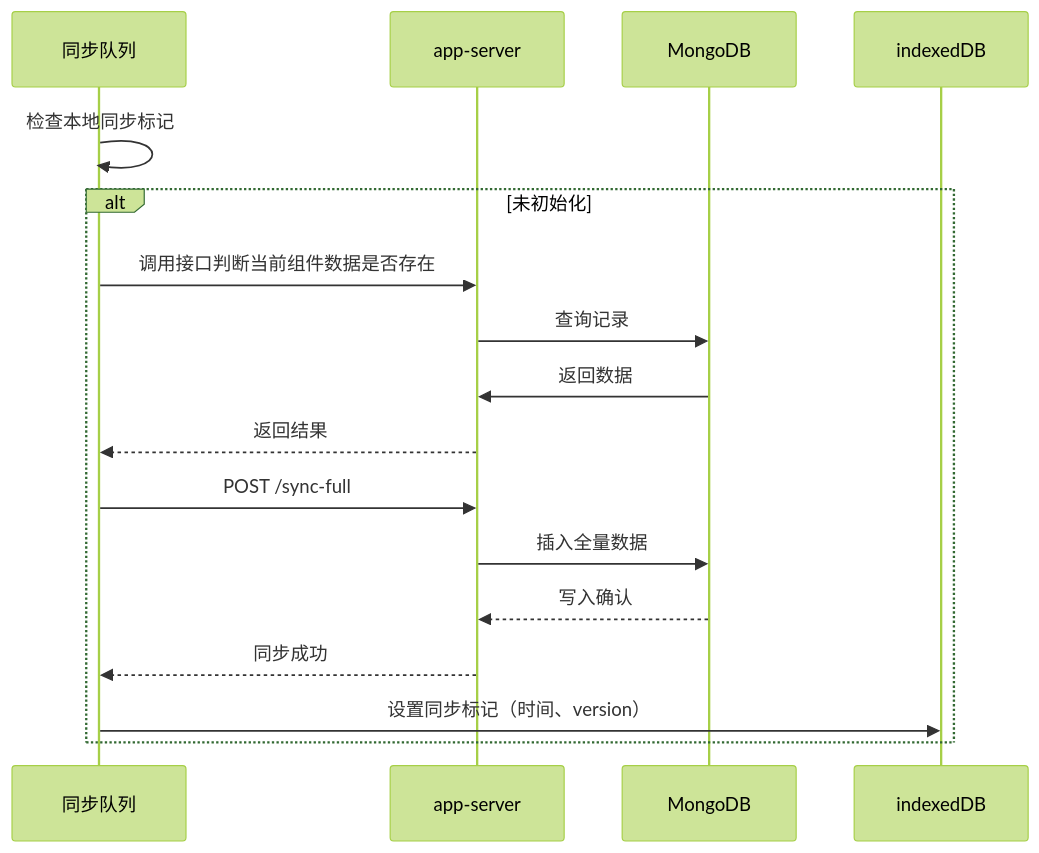
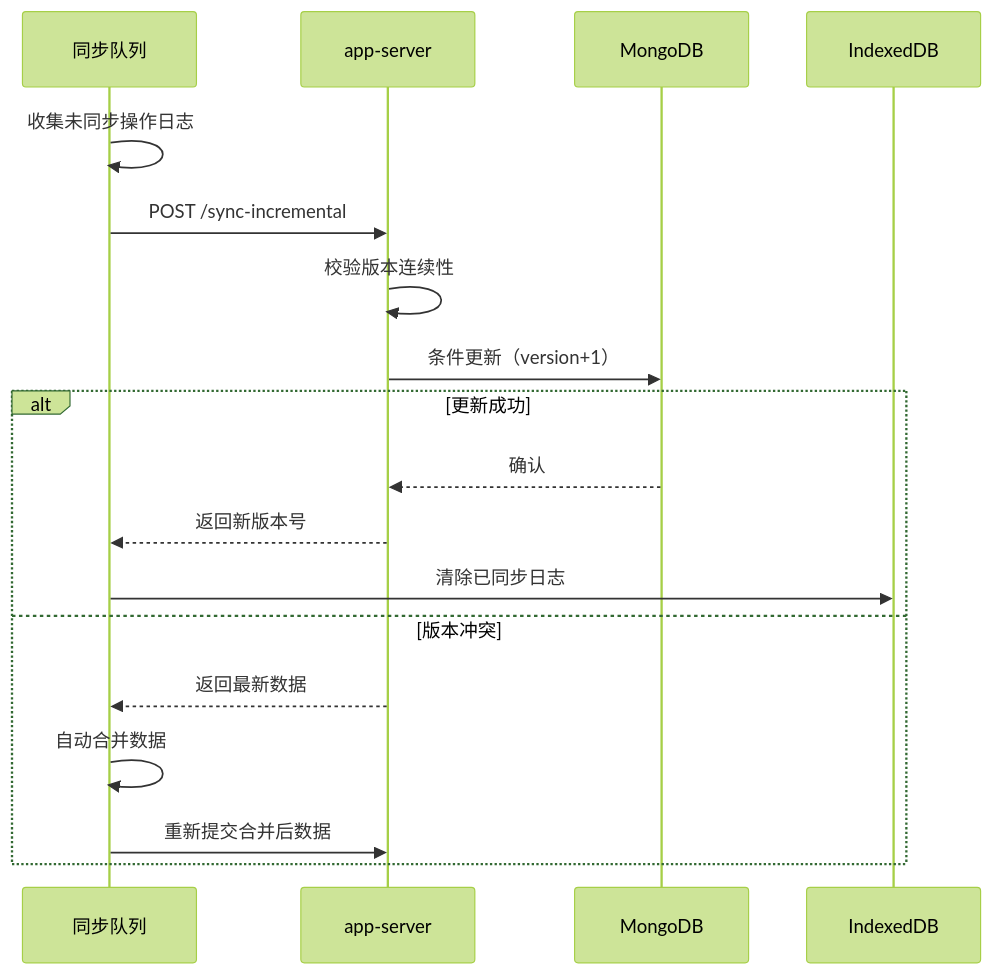
Before and after one commit to yingjianzh/iodraw-files: the diagram in all/未命名-24.md, drawn with Mermaid (forest theme).

Commit message:
2025-02-24 09:49:09 update

````diff
--- a/all/未命名-24.md
+++ b/all/未命名-24.md
@@ -1,22 +1,23 @@
 ```mermaid
 
 sequenceDiagram
     participant 同步队列
     participant app-server
     participant MongoDB
 
 
-    同步队列->>同步队列: 检查本地同步标记
-    alt 未初始化
-        同步队列->>app-server: 调用接口判断当前组件数据是否存在
-        app-server->>MongoDB: 查询记录
-        MongoDB->>app-server: 返回数据
-        app-server-->>同步队列: 返回结果
-        同步队列->>app-server: POST /sync-full
-        app-server->>MongoDB: 插入全量数据
-        MongoDB-->>app-server: 写入确认
-        app-server-->>同步队列: 同步成功
-        同步队列->>indexedDB: 设置同步标记（时间、version）
+    同步队列->>同步队列: 收集未同步操作日志
+    同步队列->>app-server: POST /sync-incremental
+    app-server->>app-server: 校验版本连续性
+    app-server->>MongoDB: 条件更新（version+1）
+    alt 更新成功
+        MongoDB-->>app-server: 确认
+        app-server-->>同步队列: 返回新版本号
+        同步队列->>IndexedDB: 清除已同步日志
+    else 版本冲突
+        app-server-->>同步队列: 返回最新数据
+        同步队列->>同步队列: 自动合并数据
+        同步队列->>app-server: 重新提交合并后数据
     end
 
 ```
````
